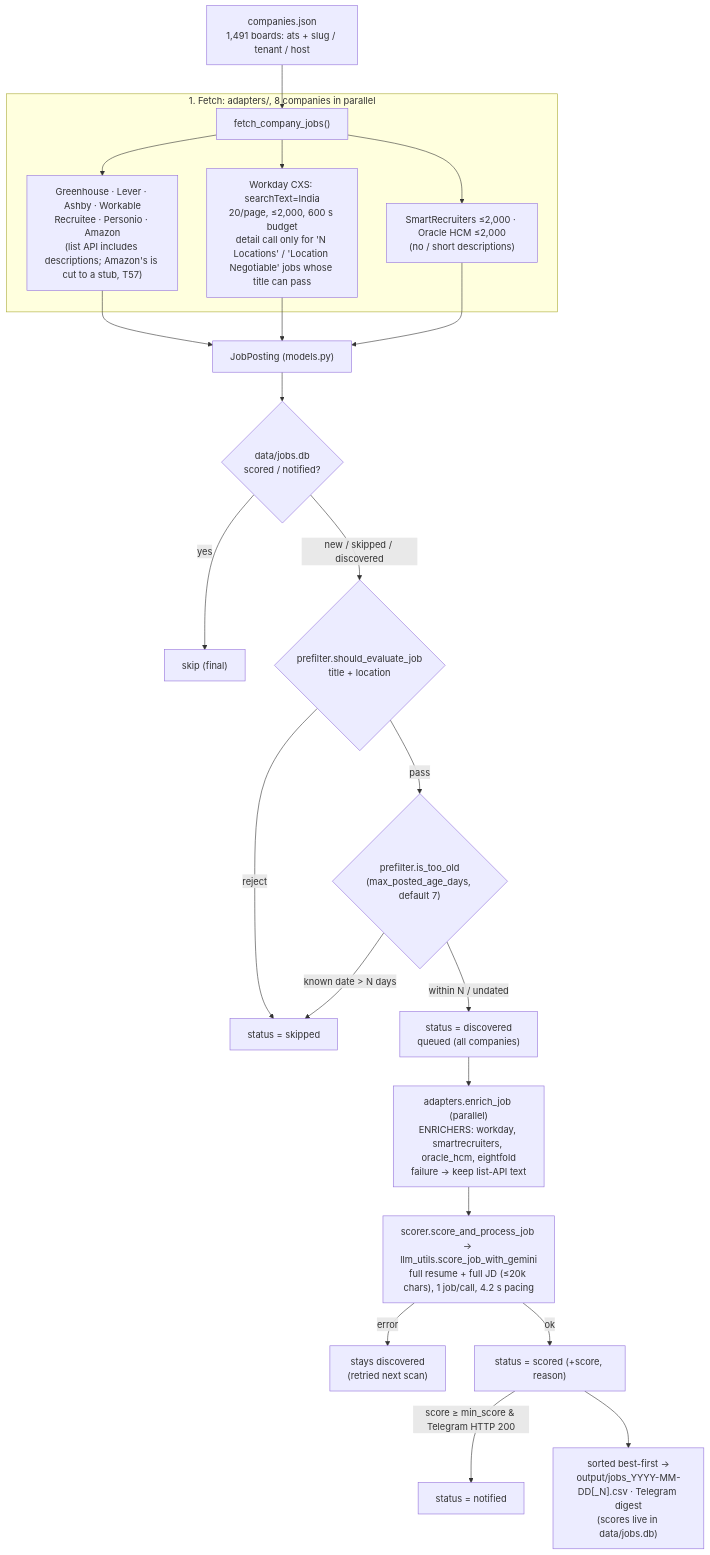
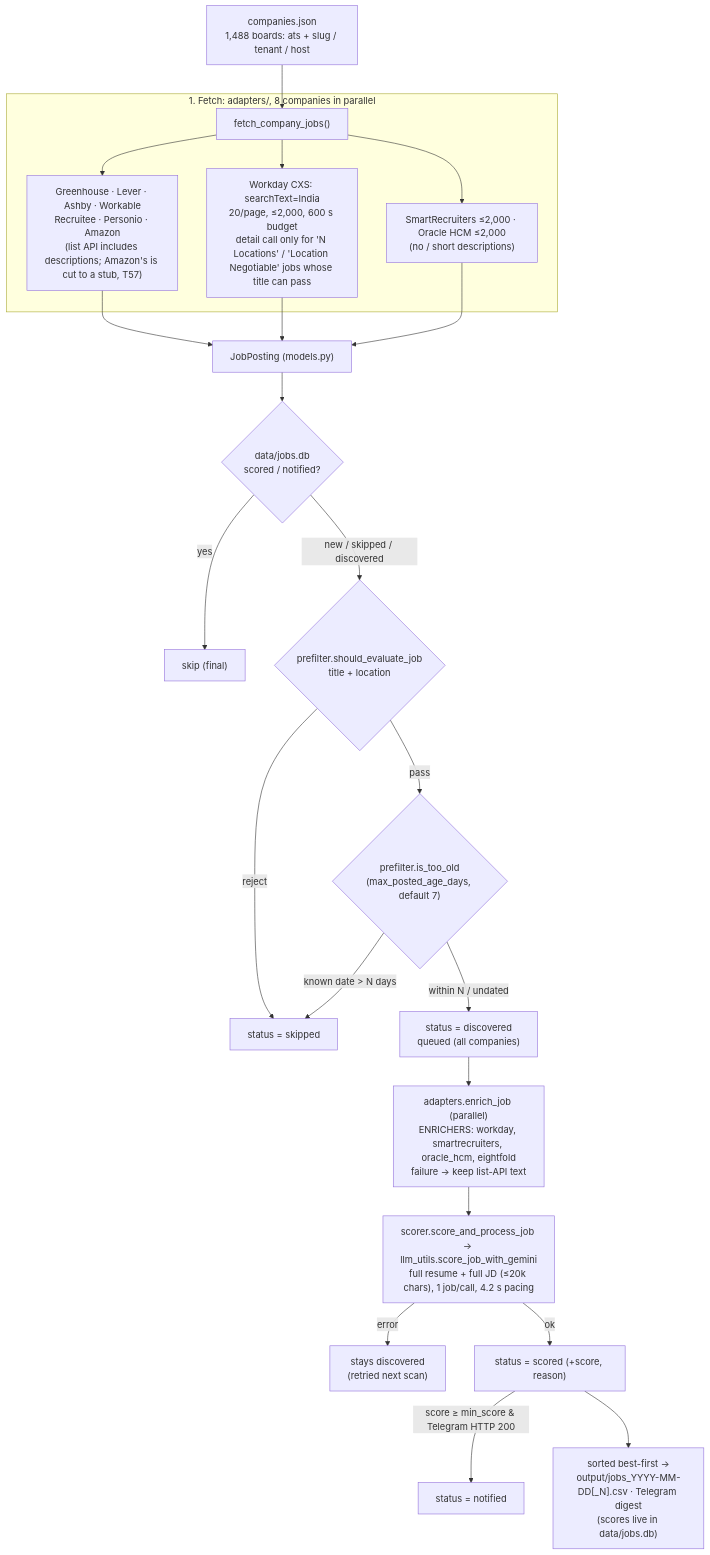
The diagram in ARCHITECTURE.md (Manish814142/rolesight), drawn with Mermaid before and after one commit. The commit also changed 4 other files, not shown here.

First line of the commit message:
T116: drop three aggregators (Jobs for Humanity, Jobs for Lebanon, Eram Talent); companies.json 1,491 -> 1,488

````diff
--- a/ARCHITECTURE.md
+++ b/ARCHITECTURE.md
@@ -19,25 +19,25 @@
 ```mermaid
 flowchart TD
-    COMP["companies.json<br/>1,491 boards: ats + slug / tenant / host"] --> FETCH
+    COMP["companies.json<br/>1,488 boards: ats + slug / tenant / host"] --> FETCH
     subgraph Fetch ["1. Fetch: adapters/, 8 companies in parallel"]
         FETCH["fetch_company_jobs()"] --> LISTAPI["Greenhouse · Lever · Ashby · Workable<br/>Recruitee · Personio · Amazon<br/>(list API includes descriptions; Amazon's is cut to a stub, T57)"]
         FETCH --> WD["Workday CXS: searchText=India<br/>20/page, ≤2,000, 600 s budget<br/>detail call only for 'N Locations' / 'Location Negotiable' jobs whose title can pass"]
         FETCH --> SROH["SmartRecruiters ≤2,000 · Oracle HCM ≤2,000<br/>(no / short descriptions)"]
     end
     LISTAPI --> JP["JobPosting (models.py)"]
     WD --> JP
     SROH --> JP
     JP --> DEDUP{"data/jobs.db<br/>scored / notified?"}
     DEDUP -- yes --> SKIPF["skip (final)"]
     DEDUP -- "new / skipped / discovered" --> PF{"prefilter.should_evaluate_job<br/>title + location"}
     PF -- reject --> SKIPPED["status = skipped"]
     PF -- pass --> AGE{"prefilter.is_too_old<br/>(max_posted_age_days, default 7)"}
     AGE -- "known date > N days" --> SKIPPED
     AGE -- "within N / undated" --> QUEUE["status = discovered<br/>queued (all companies)"]
     QUEUE --> ENRICH["adapters.enrich_job (parallel)<br/>ENRICHERS: workday, smartrecruiters, oracle_hcm, eightfold<br/>failure → keep list-API text"]
     ENRICH --> SCORE["scorer.score_and_process_job → llm_utils.score_job_with_gemini<br/>full resume + full JD (≤20k chars), 1 job/call, 4.2 s pacing"]
     SCORE -- error --> DISC["stays discovered<br/>(retried next scan)"]
     SCORE -- ok --> SCORED["status = scored (+score, reason)"]
     SCORED -- "score ≥ min_score & Telegram HTTP 200" --> NOTIFIED["status = notified"]
     SCORED --> OUT["sorted best-first →<br/>output/jobs_YYYY-MM-DD[_N].csv · Telegram digest<br/>(scores live in data/jobs.db)"]
 ```
````
